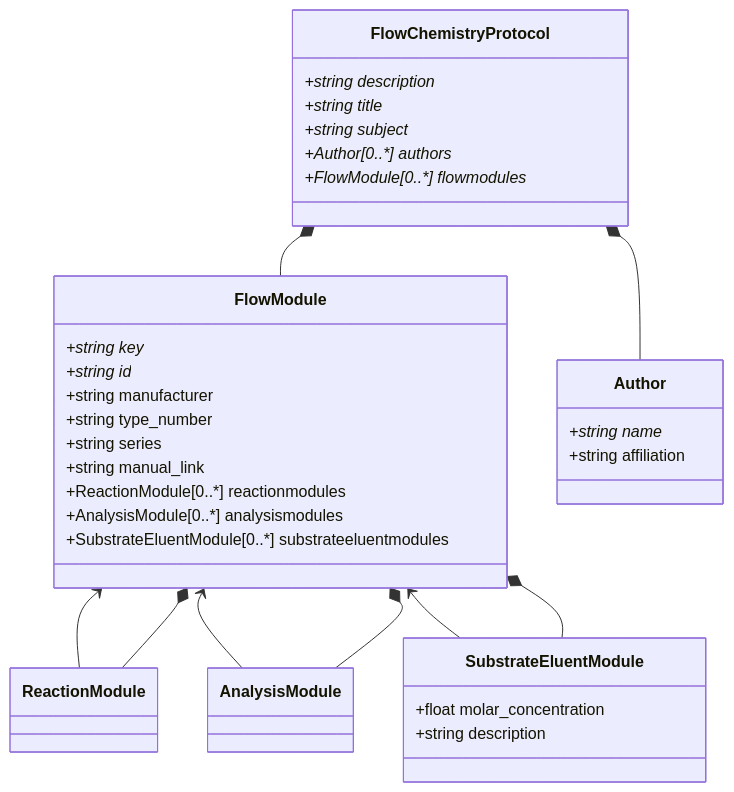
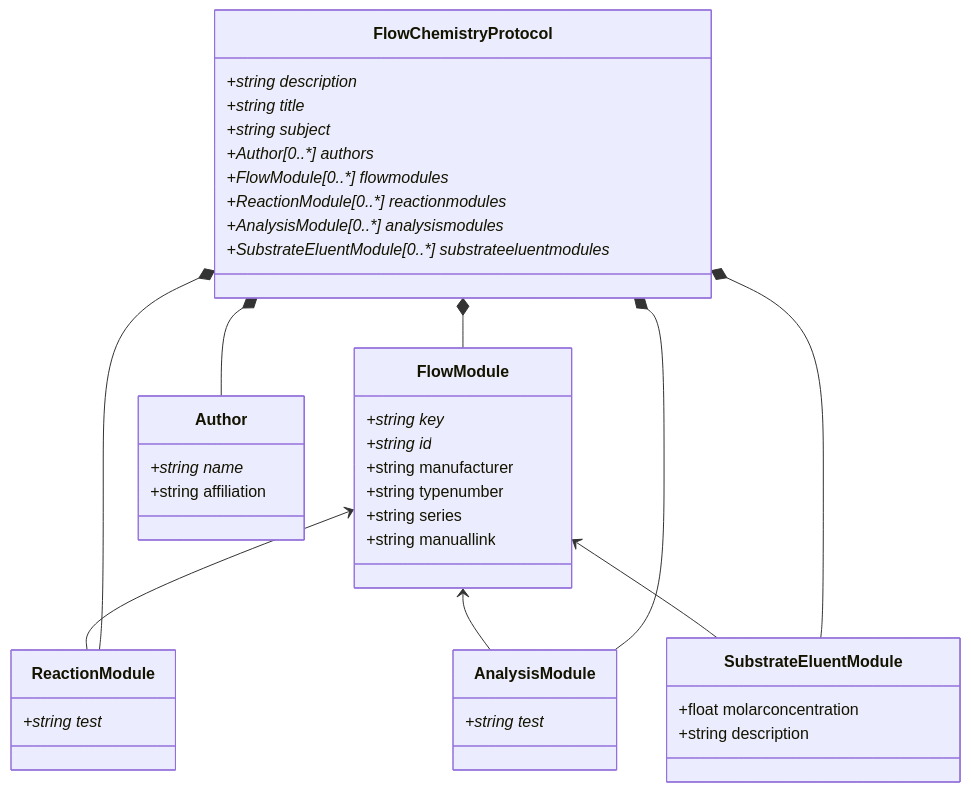
One commit to C-Kessler/sdrdm-flowchem-B2 changed the diagram in pyDataset/schemes/Dataset.md. Above: the diagram before and after it, drawn with Mermaid. The commit also changed 7 other files, not shown here.

````diff
--- a/pyDataset/schemes/Dataset.md
+++ b/pyDataset/schemes/Dataset.md
@@ -1,48 +1,50 @@
 ```mermaid
 classDiagram
     FlowModule <-- ReactionModule
     FlowModule <-- AnalysisModule
     FlowModule <-- SubstrateEluentModule
     FlowChemistryProtocol *-- Author
     FlowChemistryProtocol *-- FlowModule
-    FlowModule *-- ReactionModule
-    FlowModule *-- AnalysisModule
-    FlowModule *-- SubstrateEluentModule
+    FlowChemistryProtocol *-- ReactionModule
+    FlowChemistryProtocol *-- AnalysisModule
+    FlowChemistryProtocol *-- SubstrateEluentModule
     
     class FlowChemistryProtocol {
         +string description*
         +string title*
         +string subject*
         +Author[0..*] authors*
         +FlowModule[0..*] flowmodules*
+        +ReactionModule[0..*] reactionmodules*
+        +AnalysisModule[0..*] analysismodules*
+        +SubstrateEluentModule[0..*] substrateeluentmodules*
     }
     
     class Author {
         +string name*
         +string affiliation
     }
     
     class FlowModule {
         +string key*
         +string id*
         +string manufacturer
-        +string type_number
+        +string typenumber
         +string series
-        +string manual_link
-        +ReactionModule[0..*] reactionmodules
-        +AnalysisModule[0..*] analysismodules
-        +SubstrateEluentModule[0..*] substrateeluentmodules
+        +string manuallink
     }
     
     class ReactionModule {
+        +string test*
     }
     
     class AnalysisModule {
+        +string test*
     }
     
     class SubstrateEluentModule {
-        +float molar_concentration
+        +float molarconcentration
         +string description
     }
     
 ```
````
